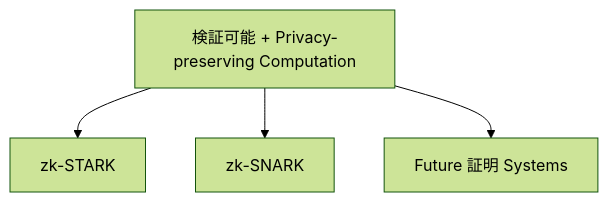
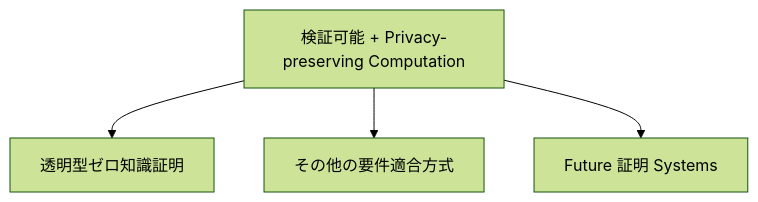
Diagram 18 of 48 in docs/whitepaper/13-roadmap.md (ShigeichiroYamasaki/creator-first-platform), drawn with Mermaid (forest theme) before and after one commit. The commit also changed other lines of this file and 42 other files, not shown here.

Commit message:
Design production service architecture

````diff
--- a/docs/whitepaper/13-roadmap.md
+++ b/docs/whitepaper/13-roadmap.md
@@ -577,8 +579,8 @@
 ```mermaid
 flowchart TD
     REQ[検証可能 + Privacy-preserving Computation]
 
-    REQ --> STARK[zk-STARK]
-    REQ --> SNARK[zk-SNARK]
+    REQ --> TRANSPARENT[透明型ゼロ知識証明]
+    REQ --> OTHER[その他の要件適合方式]
     REQ --> FUTURE[Future 証明 Systems]
 ```
````
